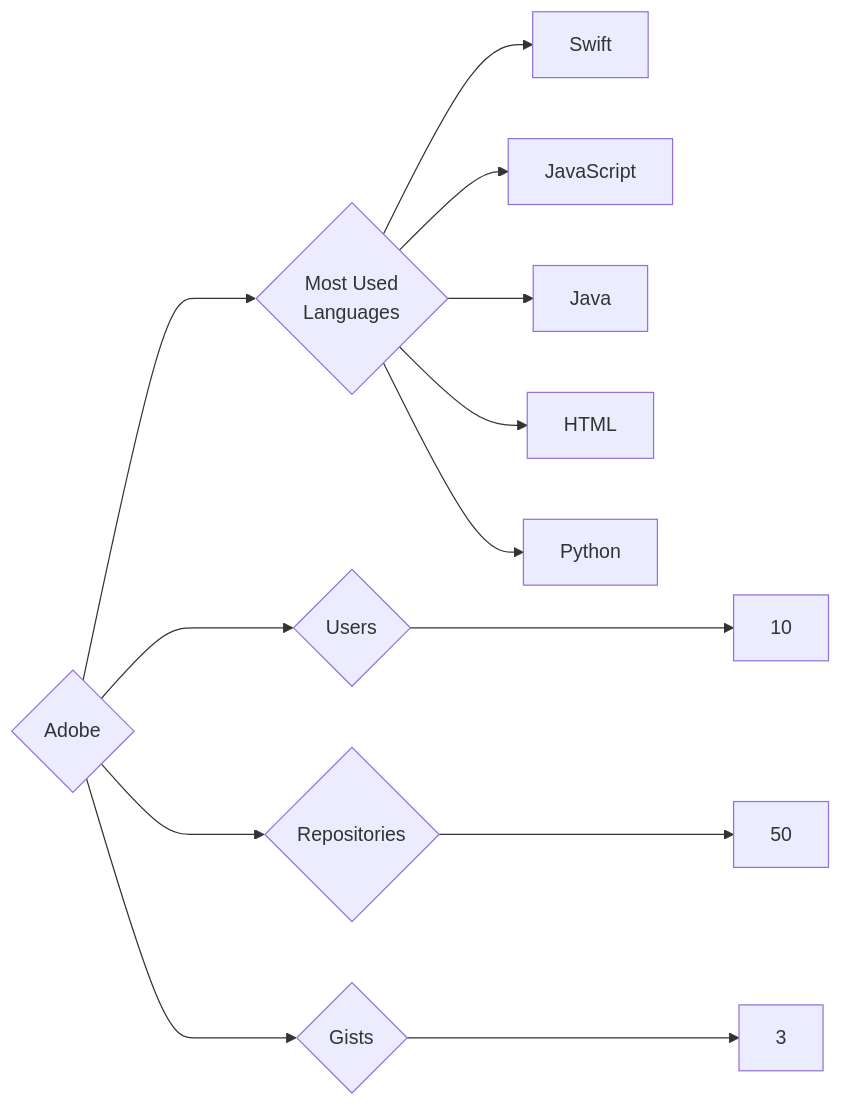
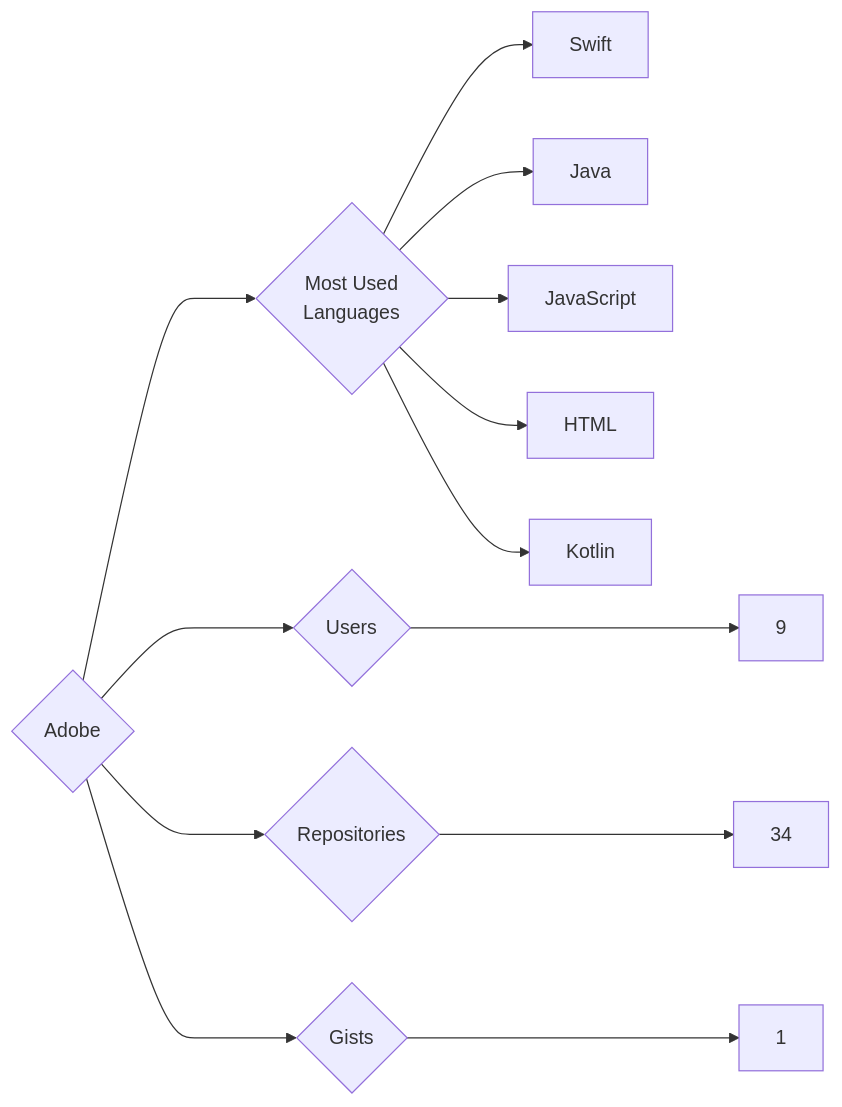
Before and after one commit to trickest/insiders: the diagram in targets/Adobe/README.md, drawn with Mermaid. The commit also changed 783 other files, not shown here.

````diff
--- a/targets/Adobe/README.md
+++ b/targets/Adobe/README.md
@@ -3,13 +3,13 @@
 ```mermaid
 graph LR
 COMPANY_NAME{Adobe}
-COMPANY_NAME ---> U{Users} ---> UN[10]
-COMPANY_NAME ---> R{Repositories} ---> RN[50]
-COMPANY_NAME ---> G{Gists} ---> GN[3]
+COMPANY_NAME ---> U{Users} ---> UN[9]
+COMPANY_NAME ---> R{Repositories} ---> RN[34]
+COMPANY_NAME ---> G{Gists} ---> GN[1]
 COMPANY_NAME ---> ML{Most Used<br>Languages}
 ML --> Swift[Swift]
+ML --> Java[Java]
 ML --> JavaScript[JavaScript]
-ML --> Java[Java]
 ML --> HTML[HTML]
-ML --> Python[Python]
+ML --> Kotlin[Kotlin]
 ```
````
